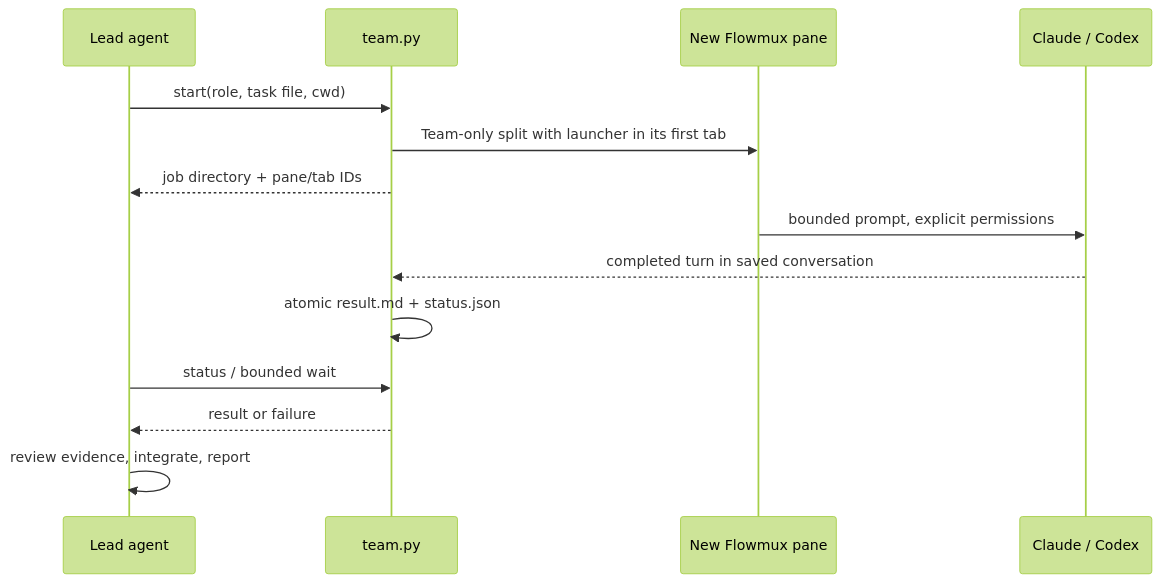
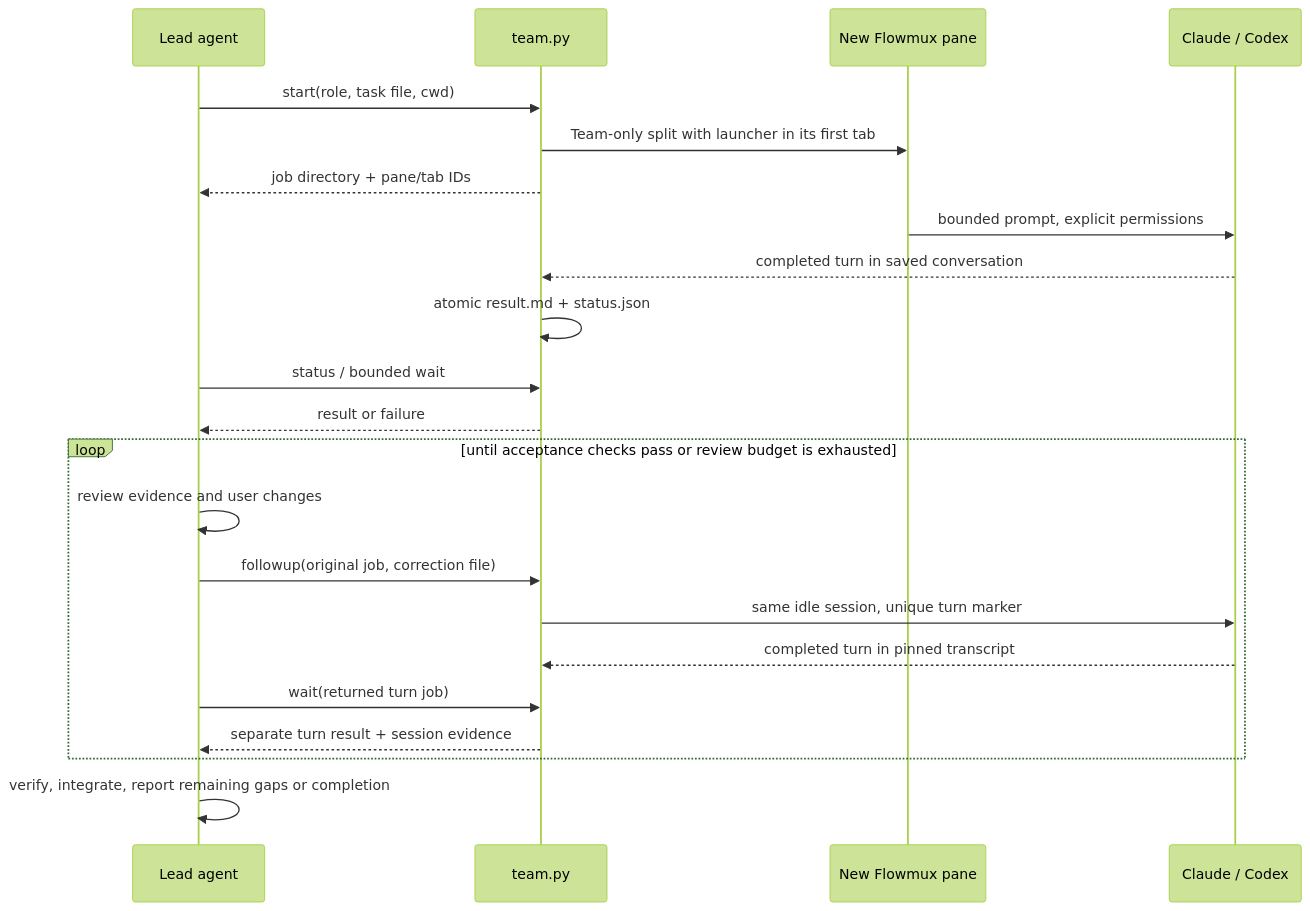
One commit to flowmux-ai/flowmux changed the diagram in docs/agent-teams.md. Above: the diagram before and after it, drawn with Mermaid (forest theme). The commit also changed other lines of this file and 9 other files, not shown here.

````diff
--- a/docs/agent-teams.md
+++ b/docs/agent-teams.md
@@ -12,16 +14,24 @@
 ```mermaid
 sequenceDiagram
     participant Lead as Lead agent
     participant Helper as team.py
     participant Pane as New Flowmux pane
     participant Agent as Claude / Codex
     Lead->>Helper: start(role, task file, cwd)
     Helper->>Pane: Team-only split with launcher in its first tab
     Helper-->>Lead: job directory + pane/tab IDs
     Pane->>Agent: bounded prompt, explicit permissions
     Agent-->>Helper: completed turn in saved conversation
     Helper->>Helper: atomic result.md + status.json
     Lead->>Helper: status / bounded wait
     Helper-->>Lead: result or failure
-    Lead->>Lead: review evidence, integrate, report
+    loop until acceptance checks pass or review budget is exhausted
+        Lead->>Lead: review evidence and user changes
+        Lead->>Helper: followup(original job, correction file)
+        Helper->>Agent: same idle session, unique turn marker
+        Agent-->>Helper: completed turn in pinned transcript
+        Lead->>Helper: wait(returned turn job)
+        Helper-->>Lead: separate turn result + session evidence
+    end
+    Lead->>Lead: verify, integrate, report remaining gaps or completion
 ```
````
